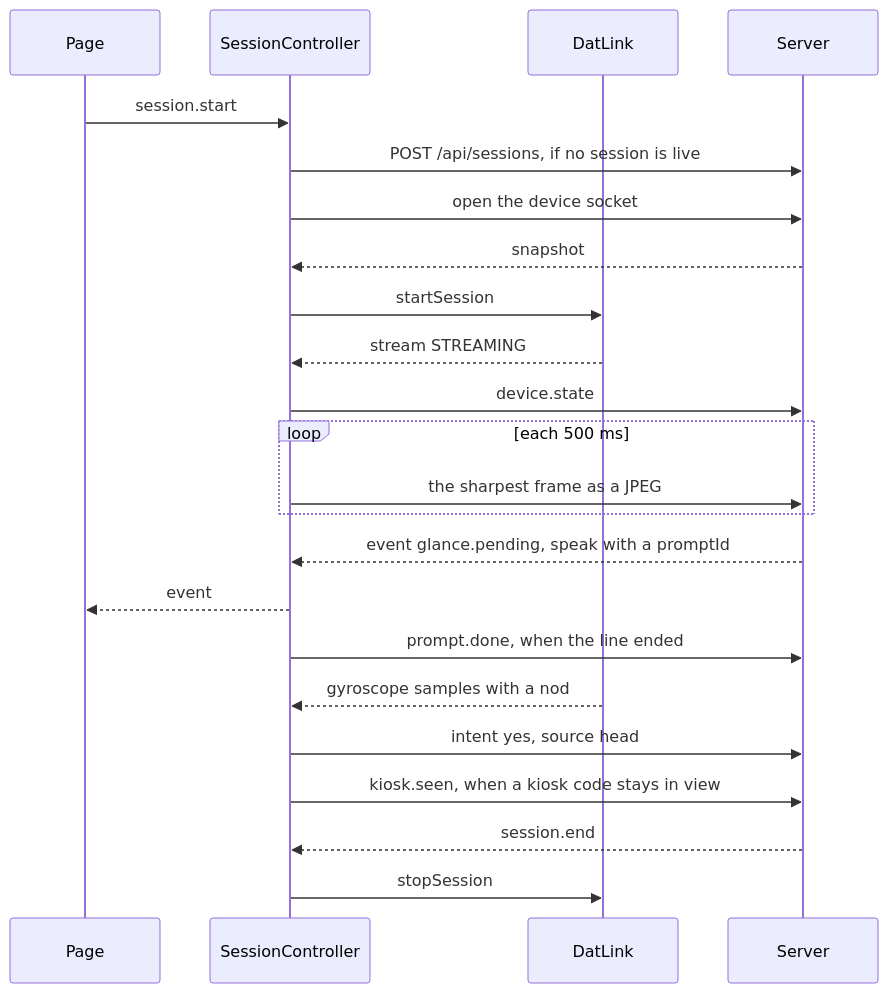
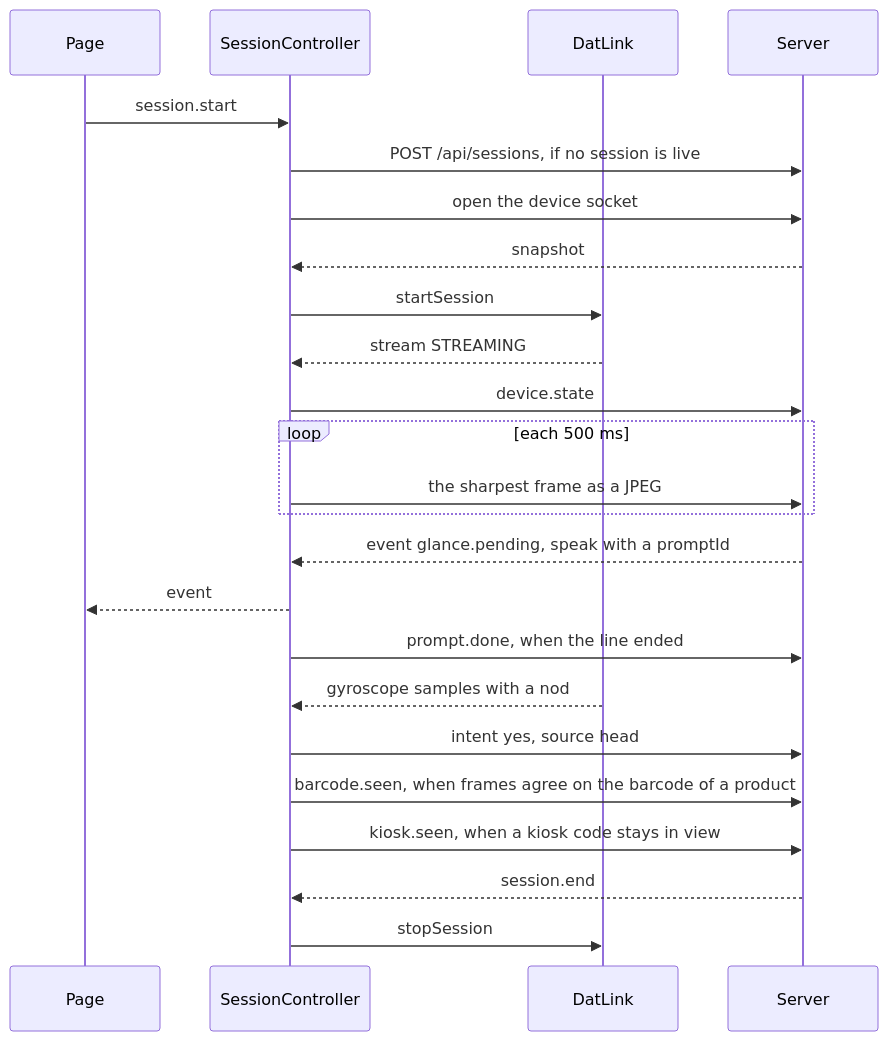
Before and after one commit to mrBymax/glance: the third of 6 diagrams in apps/mobile/android/README.md, drawn with Mermaid. The commit also changed other lines of this file and 1 other file, not shown here.

Commit message:
docs(android): describe the barcode path, its rules, and its checks

````diff
--- a/apps/mobile/android/README.md
+++ b/apps/mobile/android/README.md
@@ -113,25 +113,26 @@
 ```mermaid
 sequenceDiagram
     participant Page
     participant App as SessionController
     participant Glasses as DatLink
     participant Server
     Page->>App: session.start
     App->>Server: POST /api/sessions, if no session is live
     App->>Server: open the device socket
     Server-->>App: snapshot
     App->>Glasses: startSession
     Glasses-->>App: stream STREAMING
     App->>Server: device.state
     loop each 500 ms
         App->>Server: the sharpest frame as a JPEG
     end
     Server-->>App: event glance.pending, speak with a promptId
     App-->>Page: event
     App->>Server: prompt.done, when the line ended
     Glasses-->>App: gyroscope samples with a nod
     App->>Server: intent yes, source head
+    App->>Server: barcode.seen, when frames agree on the barcode of a product
     App->>Server: kiosk.seen, when a kiosk code stays in view
     Server-->>App: session.end
     App->>Glasses: stopSession
 ```
````
